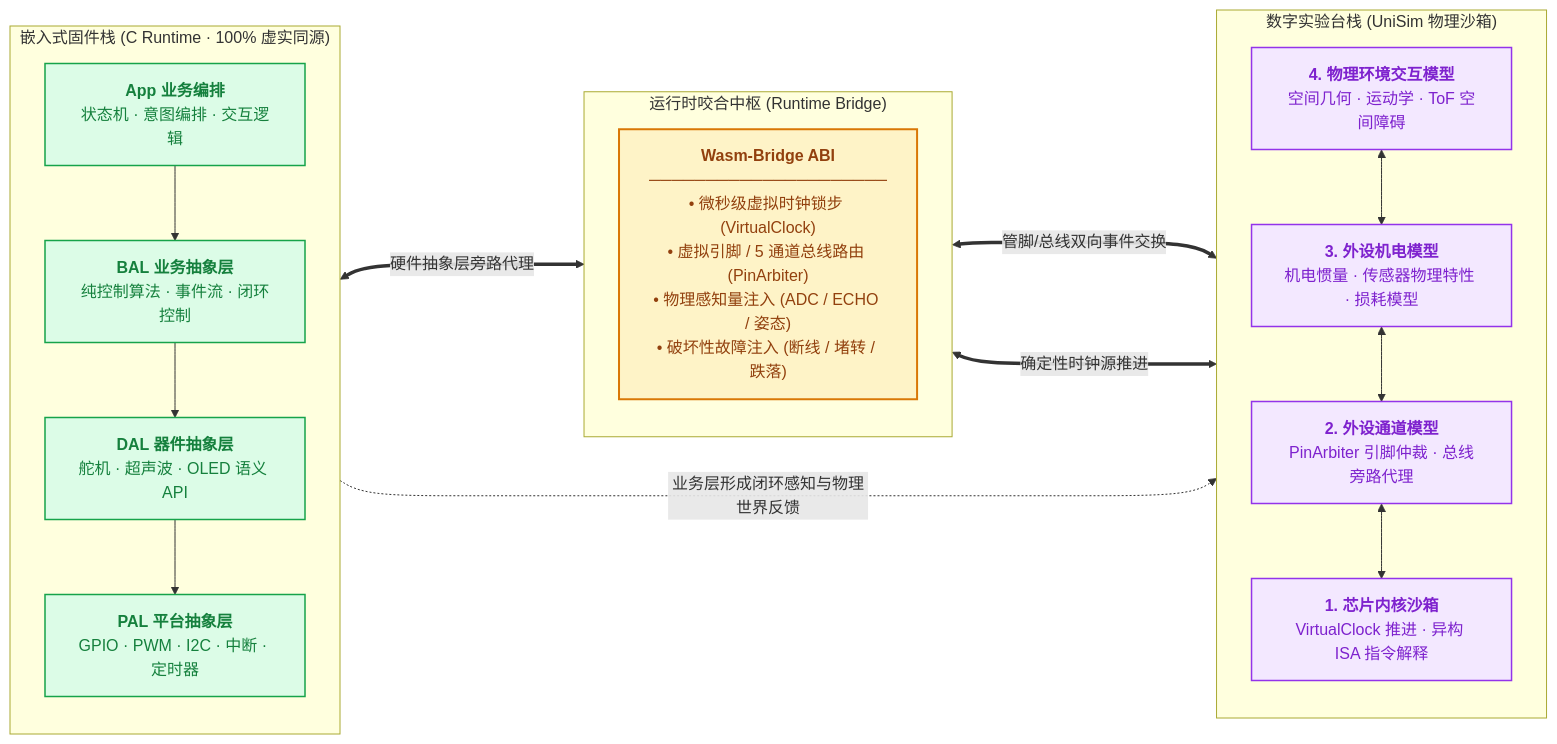
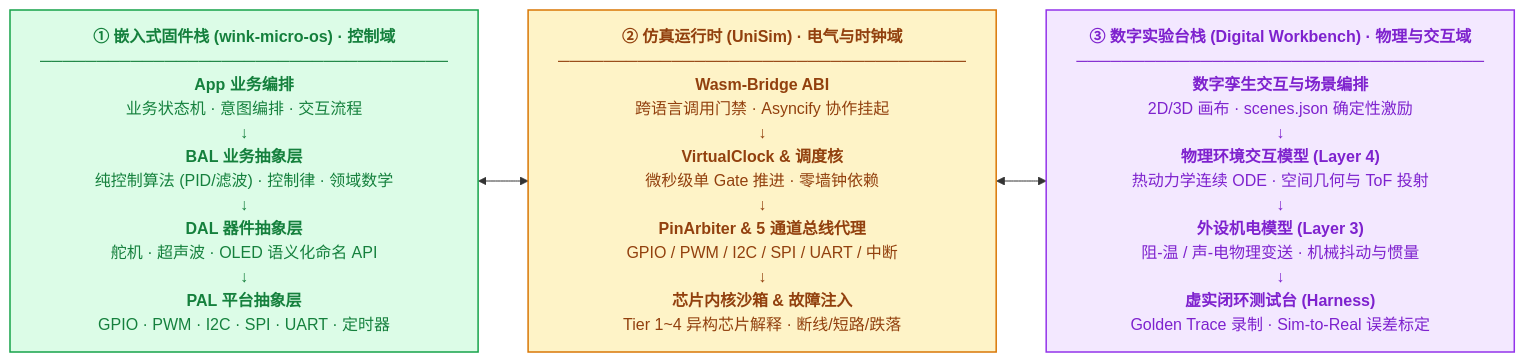
Before and after one commit to wink-cloud-hub/wink-ai-embedded: the third of 3 diagrams in README.zh-CN.md, drawn with Mermaid. The commit also changed other lines of this file and 1 other file, not shown here.

````diff
--- a/README.zh-CN.md
+++ b/README.zh-CN.md
@@ -202,35 +220,14 @@
 ```mermaid
 graph LR
     classDef fw fill:#dcfce7,stroke:#16a34a,stroke-width:1.5px,color:#15803d;
-    classDef sim fill:#f3e8ff,stroke:#9333ea,stroke-width:1.5px,color:#7e22ce;
-    classDef bridge fill:#fef3c7,stroke:#d97706,stroke-width:2px,color:#92400e;
+    classDef unisim fill:#fef3c7,stroke:#d97706,stroke-width:1.5px,color:#92400e;
+    classDef bench fill:#f3e8ff,stroke:#9333ea,stroke-width:1.5px,color:#7e22ce;
 
-    subgraph FW ["嵌入式固件栈 (C Runtime · 100% 虚实同源)"]
-        direction TB
-        App["<b>App 业务编排</b><br>状态机 · 意图编排 · 交互逻辑"]:::fw
-        BAL["<b>BAL 业务抽象层</b><br>纯控制算法 · 事件流 · 闭环控制"]:::fw
-        DAL["<b>DAL 器件抽象层</b><br>舵机 · 超声波 · OLED 语义 API"]:::fw
-        PAL["<b>PAL 平台抽象层</b><br>GPIO · PWM · I2C · 中断 · 定时器"]:::fw
-        App --> BAL --> DAL --> PAL
-    end
+    Stack1["<b>① 嵌入式固件栈 (wink-micro-os) · 控制域</b><br>────────────────────────────────────<br><b>App 业务编排</b><br>业务状态机 · 意图编排 · 交互流程<br>↓<br><b>BAL 业务抽象层</b><br>纯控制算法 (PID/滤波) · 控制律 · 领域数学<br>↓<br><b>DAL 器件抽象层</b><br>舵机 · 超声波 · OLED 语义化命名 API<br>↓<br><b>PAL 平台抽象层</b><br>GPIO · PWM · I2C · SPI · UART · 定时器"]:::fw
 
-    subgraph BridgeZone ["运行时咬合中枢 (Runtime Bridge)"]
-        direction TB
-        Bridge["<b>Wasm-Bridge ABI</b><br>─────────────────────<br>• 微秒级虚拟时钟锁步 (VirtualClock)<br>• 虚拟引脚 / 5 通道总线路由 (PinArbiter)<br>• 物理感知量注入 (ADC / ECHO / 姿态)<br>• 破坏性故障注入 (断线 / 堵转 / 跌落)"]:::bridge
-    end
+    Stack2["<b>② 仿真运行时 (UniSim) · 电气与时钟域</b><br>────────────────────────────────────<br><b>Wasm-Bridge ABI</b><br>跨语言调用门禁 · Asyncify 协作挂起<br>↓<br><b>VirtualClock & 调度核</b><br>微秒级单 Gate 推进 · 零墙钟依赖<br>↓<br><b>PinArbiter & 5 通道总线代理</b><br>GPIO / PWM / I2C / SPI / UART / 中断<br>↓<br><b>芯片内核沙箱 & 故障注入</b><br>Tier 1~4 异构芯片解释 · 断线/短路/跌落"]:::unisim
 
-    subgraph SIM ["数字实验台栈 (UniSim 物理沙箱)"]
-        direction TB
-        Plant["<b>4. 物理环境交互模型</b><br>空间几何 · 运动学 · ToF 空间障碍"]:::sim
-        PeriphSim["<b>3. 外设机电模型</b><br>机电惯量 · 传感器物理特性 · 损耗模型"]:::sim
-        ChanSim["<b>2. 外设通道模型</b><br>PinArbiter 引脚仲裁 · 总线旁路代理"]:::sim
-        ChipSim["<b>1. 芯片内核沙箱</b><br>VirtualClock 推进 · 异构 ISA 指令解释"]:::sim
-        Plant <--> PeriphSim <--> ChanSim <--> ChipSim
-    end
+    Stack3["<b>③ 数字实验台栈 (Digital Workbench) · 物理与交互域</b><br>────────────────────────────────────<br><b>数字孪生交互与场景编排</b><br>2D/3D 画布 · scenes.json 确定性激励<br>↓<br><b>物理环境交互模型 (Layer 4)</b><br>热动力学连续 ODE · 空间几何与 ToF 投射<br>↓<br><b>外设机电模型 (Layer 3)</b><br>阻-温 / 声-电物理变送 · 机械抖动与惯量<br>↓<br><b>虚实闭环测试台 (Harness)</b><br>Golden Trace 录制 · Sim-to-Real 误差标定"]:::bench
 
-    PAL <===>|"硬件抽象层旁路代理"| Bridge
-    Bridge <===>|"管脚/总线双向事件交换"| ChanSim
-    Bridge <===>|"确定性时钟源推进"| ChipSim
-
-    App -.->|"业务层形成闭环感知与物理世界反馈"| Plant
+    Stack1 <--> Stack2 <--> Stack3
 ```
````
